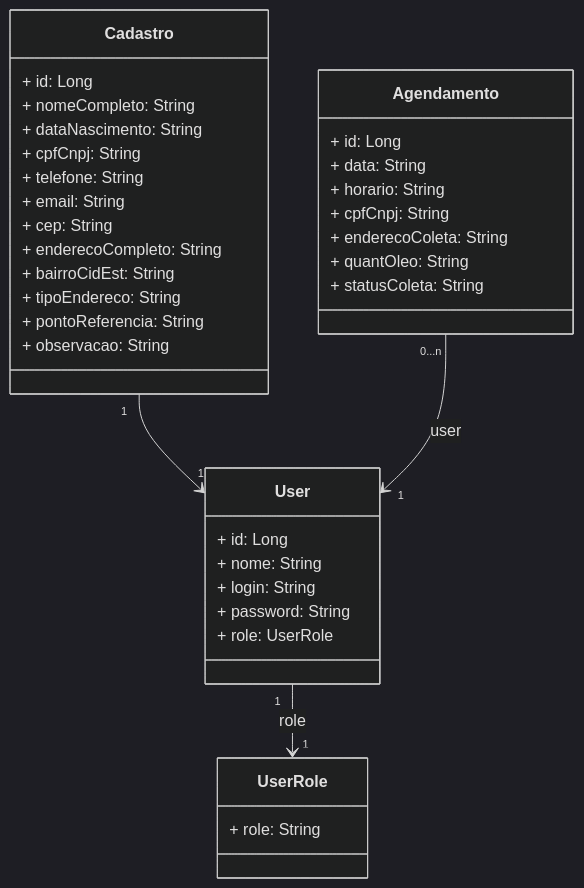
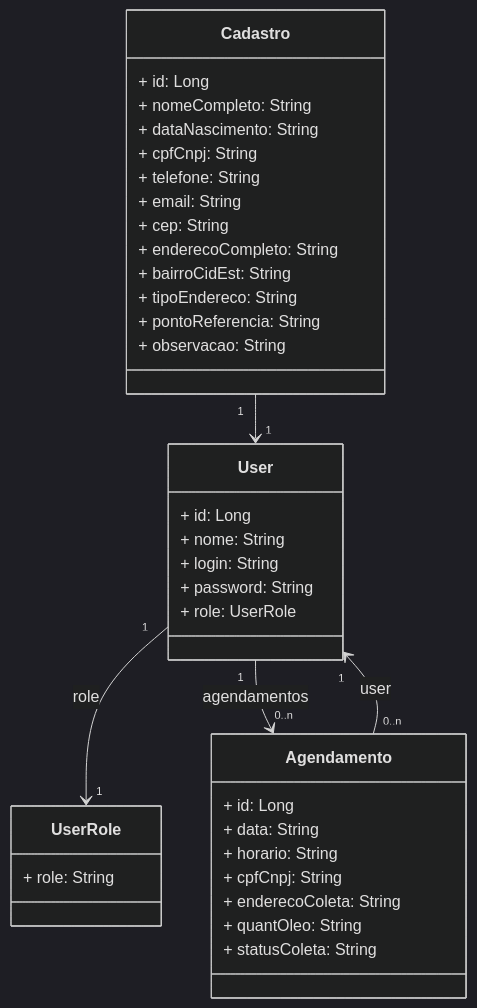
Before and after one commit to Luzielmalu/Projeto-final-AcademiaUFN-EcoSist: the diagram in README.md, drawn with Mermaid (dark theme).

````diff
--- a/README.md
+++ b/README.md
@@ -43,43 +43,44 @@
 ```mermaid
 classDiagram
     class User {
         + id: Long
         + nome: String
         + login: String
         + password: String
         + role: UserRole
     }
 
     class Cadastro {
         + id: Long
         + nomeCompleto: String
         + dataNascimento: String
         + cpfCnpj: String
         + telefone: String
         + email: String
         + cep: String
         + enderecoCompleto: String
         + bairroCidEst: String
         + tipoEndereco: String
         + pontoReferencia: String
         + observacao: String
     }
 
     class Agendamento {
         + id: Long
         + data: String
         + horario: String
         + cpfCnpj: String
         + enderecoColeta: String
         + quantOleo: String
         + statusColeta: String
     }
 
     class UserRole {
         + role: String
     }
 
     User "1" --> "1" UserRole : role
+    User "1" --> "0..n" Agendamento : agendamentos
     Cadastro "1" --> "1" User
-    Agendamento "0...n" --> "1" User: user
+    Agendamento "0..n" --> "1" User: user
    ```
````
